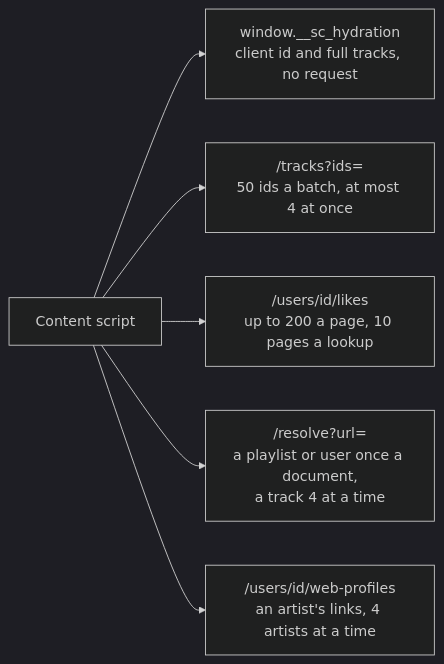
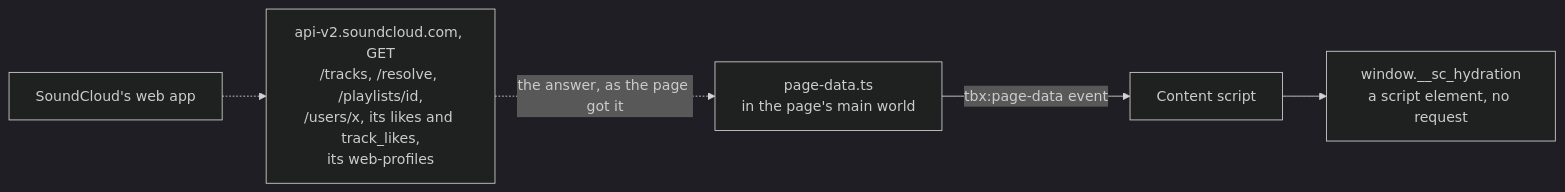
Before and after one commit to cutenode/localnetwork: the first of 3 diagrams in apps/localtoolbox/docs/diagrams/outside-requests.md, drawn with Mermaid (dark theme). The commit also changed other lines of this file and 65 other files, not shown here.

First line of the commit message:
fix(localtoolbox): read SoundCloud data from what its page loads instead of its API

````diff
--- a/apps/localtoolbox/docs/diagrams/outside-requests.md
+++ b/apps/localtoolbox/docs/diagrams/outside-requests.md
@@ -13,15 +13,13 @@
 ```mermaid
 flowchart LR
   Content["Content script"]
-  Hydration["window.__sc_hydration<br/>client id and full tracks, no request"]
-  Tracks["/tracks?ids=<br/>50 ids a batch, at most 4 at once"]
-  Likes["/users/id/likes<br/>up to 200 a page, 10 pages a lookup"]
-  Resolve["/resolve?url=<br/>a playlist or user once a document,<br/>a track 4 at a time"]
-  Web["/users/id/web-profiles<br/>an artist's links, 4 artists at a time"]
+  PageData["page-data.ts<br/>in the page's main world"]
+  Hydration["window.__sc_hydration<br/>a script element, no request"]
+  Page["SoundCloud's web app"]
+  Api["api-v2.soundcloud.com, GET<br/>/tracks, /resolve, /playlists/id,<br/>/users/x, its likes and track_likes,<br/>its web-profiles"]
 
   Content --> Hydration
-  Content --> Tracks
-  Content --> Likes
-  Content --> Resolve
-  Content --> Web
+  Page -.-> Api
+  Api -.->|"the answer, as the page got it"| PageData
+  PageData -->|"tbx:page-data event"| Content
 ```
````
